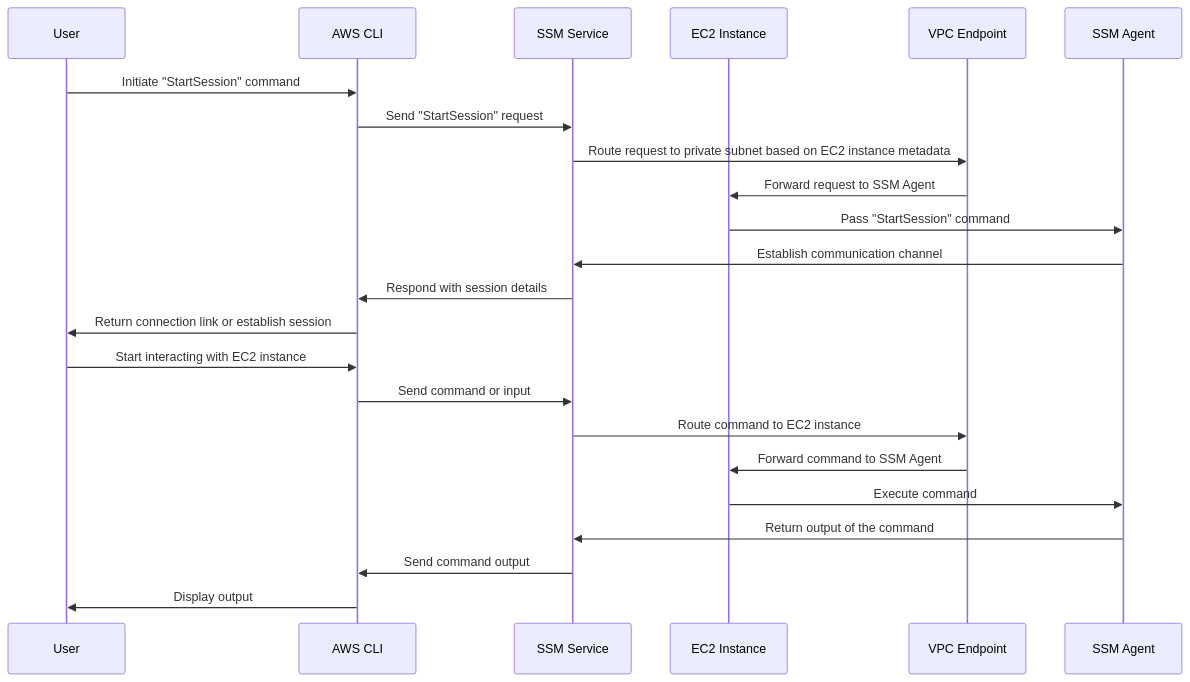
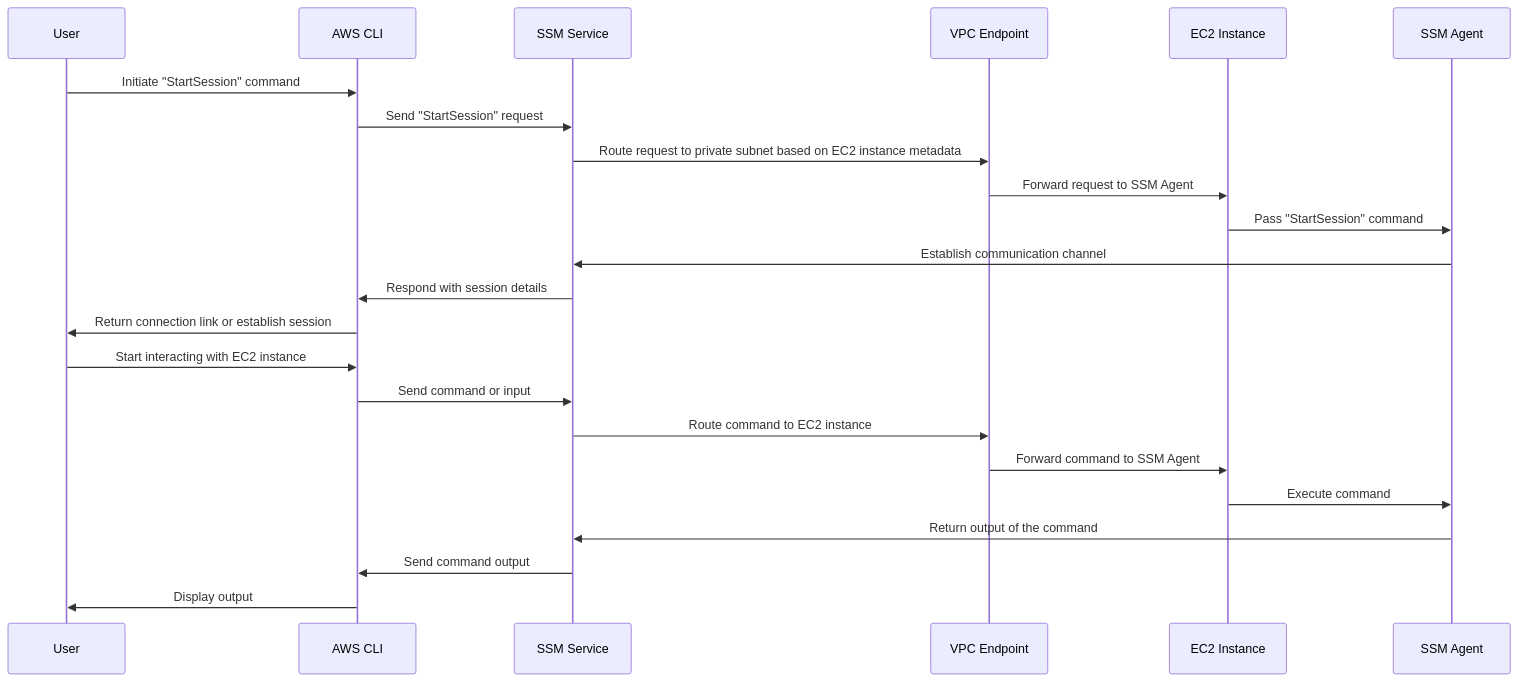
The diagram in 01-Amazon-EC2/02-associate/03-connect-to-ec2-in-a-private-subnet-using-session-manager/README.md (MinhHungPhan/aws-hands-on-labs), drawn with Mermaid before and after one commit. The commit also changed other lines of this file, not shown here.

Commit message:
updated sequence diagram with SSM Agent placed to the right of the EC2 instance

````diff
--- a/01-Amazon-EC2/02-associate/03-connect-to-ec2-in-a-private-subnet-using-session-manager/README.md
+++ b/01-Amazon-EC2/02-associate/03-connect-to-ec2-in-a-private-subnet-using-session-manager/README.md
@@ -30,26 +30,27 @@
 ```mermaid
 sequenceDiagram
     participant User
     participant AWS CLI
     participant SSM Service
+    participant VPC Endpoint
     participant EC2 Instance
-    participant VPC Endpoint
+    participant SSM Agent
 
     User->>AWS CLI: Initiate "StartSession" command
     AWS CLI->>SSM Service: Send "StartSession" request
     SSM Service->>VPC Endpoint: Route request to private subnet based on EC2 instance metadata
     VPC Endpoint->>EC2 Instance: Forward request to SSM Agent
     EC2 Instance->>SSM Agent: Pass "StartSession" command
     SSM Agent->>SSM Service: Establish communication channel
     SSM Service->>AWS CLI: Respond with session details
     AWS CLI->>User: Return connection link or establish session
 
     User->>AWS CLI: Start interacting with EC2 instance
     AWS CLI->>SSM Service: Send command or input
     SSM Service->>VPC Endpoint: Route command to EC2 instance
     VPC Endpoint->>EC2 Instance: Forward command to SSM Agent
     EC2 Instance->>SSM Agent: Execute command
     SSM Agent->>SSM Service: Return output of the command
     SSM Service->>AWS CLI: Send command output
     AWS CLI->>User: Display output
 ```
````
